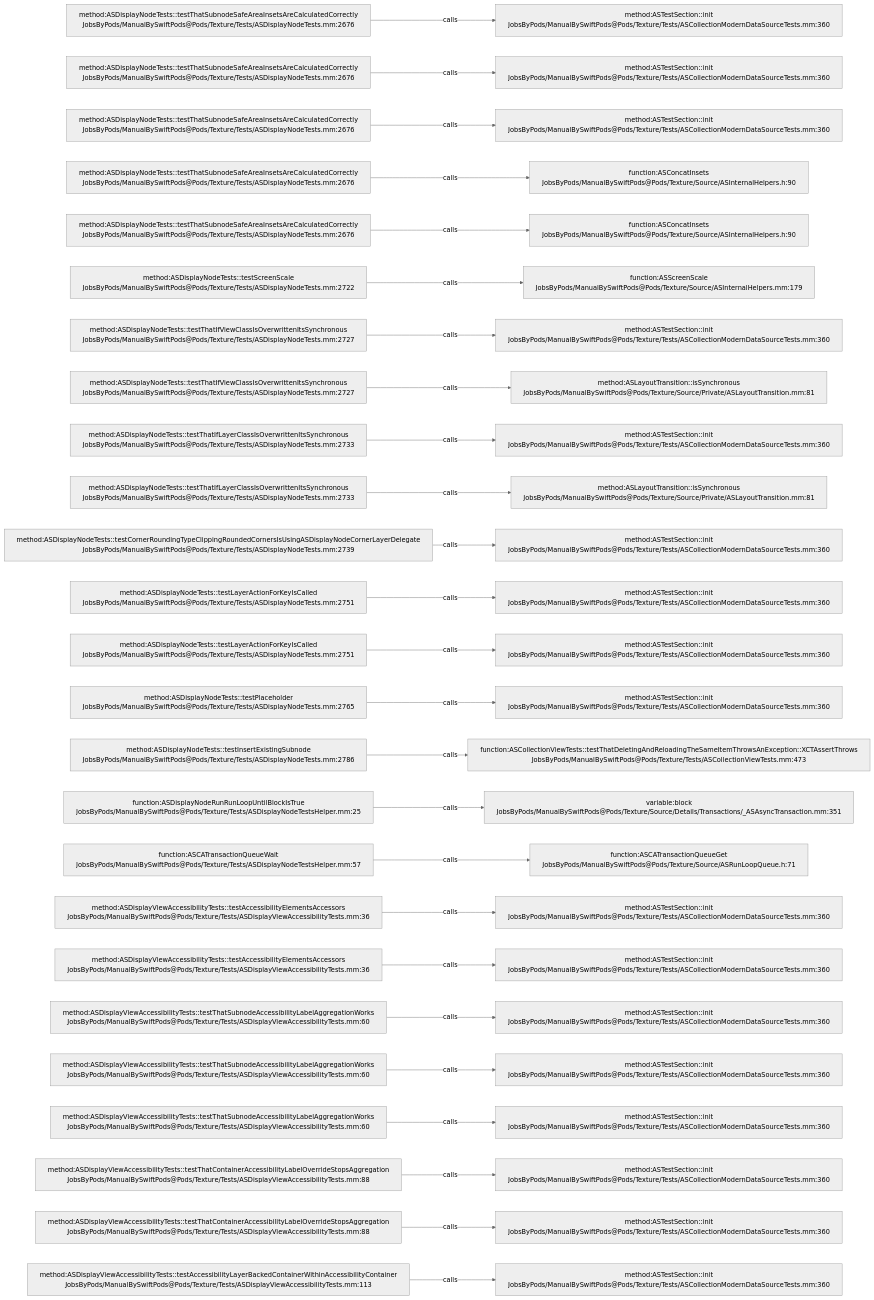
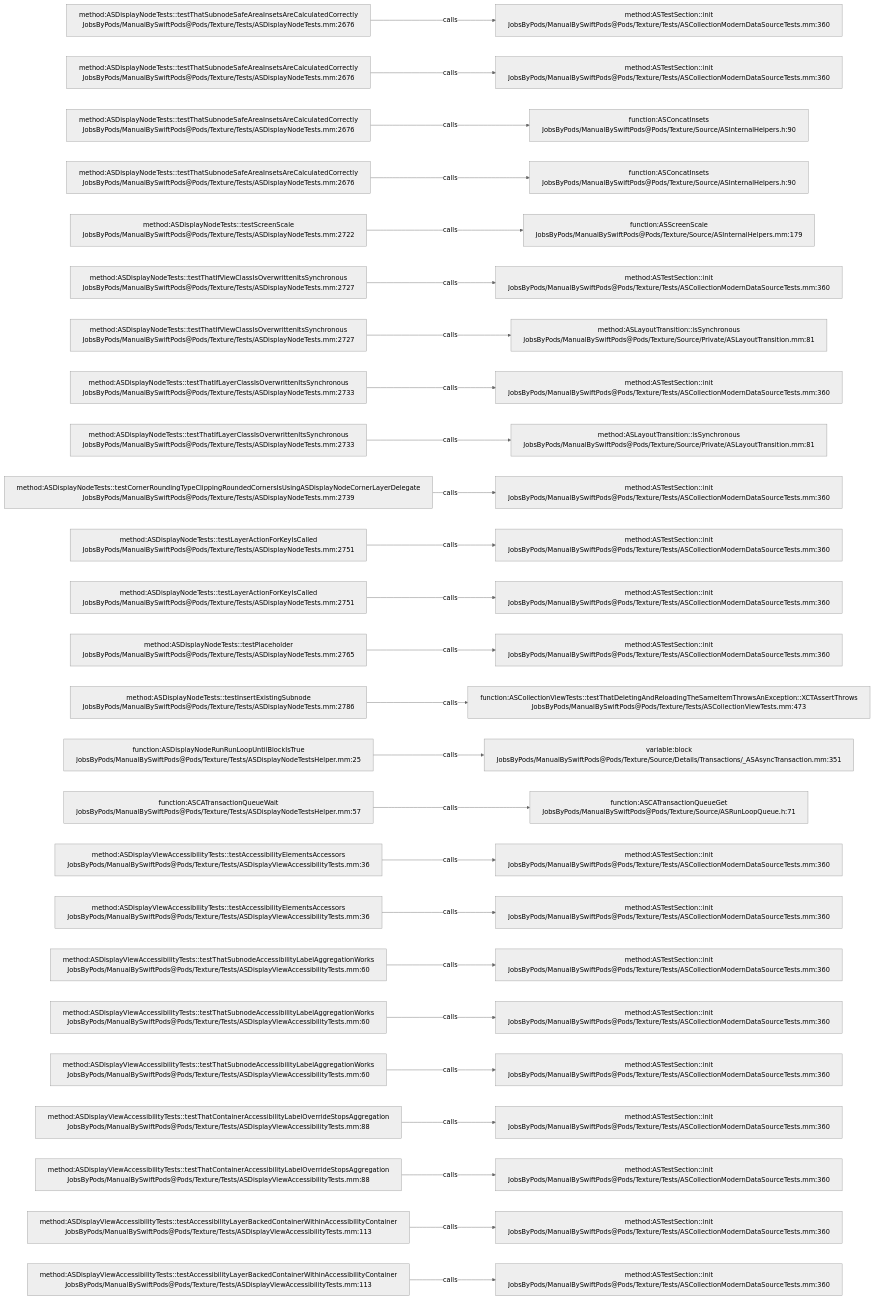
The diagram in .codegraph/codegraph.md/graphs/calls-197.md (JobsKits/JobsSwiftBaseConfigDemo), drawn with Mermaid (neutral theme) before and after one commit. The commit also changed 747 other files, not shown here.

````diff
--- a/.codegraph/codegraph.md/graphs/calls-197.md
+++ b/.codegraph/codegraph.md/graphs/calls-197.md
@@ -13,78 +13,78 @@
 ```mermaid
 flowchart LR
   S1["method:ASDisplayNodeTests::testThatSubnodeSafeAreaInsetsAreCalculatedCorrectly<br/>JobsByPods/ManualBySwiftPods@Pods/Texture/Tests/ASDisplayNodeTests.mm:2676"]
   T1["method:ASTestSection::init<br/>JobsByPods/ManualBySwiftPods@Pods/Texture/Tests/ASCollectionModernDataSourceTests.mm:360"]
   S1 -->|calls| T1
   S2["method:ASDisplayNodeTests::testThatSubnodeSafeAreaInsetsAreCalculatedCorrectly<br/>JobsByPods/ManualBySwiftPods@Pods/Texture/Tests/ASDisplayNodeTests.mm:2676"]
   T2["method:ASTestSection::init<br/>JobsByPods/ManualBySwiftPods@Pods/Texture/Tests/ASCollectionModernDataSourceTests.mm:360"]
   S2 -->|calls| T2
   S3["method:ASDisplayNodeTests::testThatSubnodeSafeAreaInsetsAreCalculatedCorrectly<br/>JobsByPods/ManualBySwiftPods@Pods/Texture/Tests/ASDisplayNodeTests.mm:2676"]
-  T3["method:ASTestSection::init<br/>JobsByPods/ManualBySwiftPods@Pods/Texture/Tests/ASCollectionModernDataSourceTests.mm:360"]
+  T3["function:ASConcatInsets<br/>JobsByPods/ManualBySwiftPods@Pods/Texture/Source/ASInternalHelpers.h:90"]
   S3 -->|calls| T3
   S4["method:ASDisplayNodeTests::testThatSubnodeSafeAreaInsetsAreCalculatedCorrectly<br/>JobsByPods/ManualBySwiftPods@Pods/Texture/Tests/ASDisplayNodeTests.mm:2676"]
   T4["function:ASConcatInsets<br/>JobsByPods/ManualBySwiftPods@Pods/Texture/Source/ASInternalHelpers.h:90"]
   S4 -->|calls| T4
-  S5["method:ASDisplayNodeTests::testThatSubnodeSafeAreaInsetsAreCalculatedCorrectly<br/>JobsByPods/ManualBySwiftPods@Pods/Texture/Tests/ASDisplayNodeTests.mm:2676"]
-  T5["function:ASConcatInsets<br/>JobsByPods/ManualBySwiftPods@Pods/Texture/Source/ASInternalHelpers.h:90"]
+  S5["method:ASDisplayNodeTests::testScreenScale<br/>JobsByPods/ManualBySwiftPods@Pods/Texture/Tests/ASDisplayNodeTests.mm:2722"]
+  T5["function:ASScreenScale<br/>JobsByPods/ManualBySwiftPods@Pods/Texture/Source/ASInternalHelpers.mm:179"]
   S5 -->|calls| T5
-  S6["method:ASDisplayNodeTests::testScreenScale<br/>JobsByPods/ManualBySwiftPods@Pods/Texture/Tests/ASDisplayNodeTests.mm:2722"]
-  T6["function:ASScreenScale<br/>JobsByPods/ManualBySwiftPods@Pods/Texture/Source/ASInternalHelpers.mm:179"]
+  S6["method:ASDisplayNodeTests::testThatIfViewClassIsOverwrittenItsSynchronous<br/>JobsByPods/ManualBySwiftPods@Pods/Texture/Tests/ASDisplayNodeTests.mm:2727"]
+  T6["method:ASTestSection::init<br/>JobsByPods/ManualBySwiftPods@Pods/Texture/Tests/ASCollectionModernDataSourceTests.mm:360"]
   S6 -->|calls| T6
   S7["method:ASDisplayNodeTests::testThatIfViewClassIsOverwrittenItsSynchronous<br/>JobsByPods/ManualBySwiftPods@Pods/Texture/Tests/ASDisplayNodeTests.mm:2727"]
-  T7["method:ASTestSection::init<br/>JobsByPods/ManualBySwiftPods@Pods/Texture/Tests/ASCollectionModernDataSourceTests.mm:360"]
+  T7["method:ASLayoutTransition::isSynchronous<br/>JobsByPods/ManualBySwiftPods@Pods/Texture/Source/Private/ASLayoutTransition.mm:81"]
   S7 -->|calls| T7
-  S8["method:ASDisplayNodeTests::testThatIfViewClassIsOverwrittenItsSynchronous<br/>JobsByPods/ManualBySwiftPods@Pods/Texture/Tests/ASDisplayNodeTests.mm:2727"]
-  T8["method:ASLayoutTransition::isSynchronous<br/>JobsByPods/ManualBySwiftPods@Pods/Texture/Source/Private/ASLayoutTransition.mm:81"]
+  S8["method:ASDisplayNodeTests::testThatIfLayerClassIsOverwrittenItsSynchronous<br/>JobsByPods/ManualBySwiftPods@Pods/Texture/Tests/ASDisplayNodeTests.mm:2733"]
+  T8["method:ASTestSection::init<br/>JobsByPods/ManualBySwiftPods@Pods/Texture/Tests/ASCollectionModernDataSourceTests.mm:360"]
   S8 -->|calls| T8
   S9["method:ASDisplayNodeTests::testThatIfLayerClassIsOverwrittenItsSynchronous<br/>JobsByPods/ManualBySwiftPods@Pods/Texture/Tests/ASDisplayNodeTests.mm:2733"]
-  T9["method:ASTestSection::init<br/>JobsByPods/ManualBySwiftPods@Pods/Texture/Tests/ASCollectionModernDataSourceTests.mm:360"]
+  T9["method:ASLayoutTransition::isSynchronous<br/>JobsByPods/ManualBySwiftPods@Pods/Texture/Source/Private/ASLayoutTransition.mm:81"]
   S9 -->|calls| T9
-  S10["method:ASDisplayNodeTests::testThatIfLayerClassIsOverwrittenItsSynchronous<br/>JobsByPods/ManualBySwiftPods@Pods/Texture/Tests/ASDisplayNodeTests.mm:2733"]
-  T10["method:ASLayoutTransition::isSynchronous<br/>JobsByPods/ManualBySwiftPods@Pods/Texture/Source/Private/ASLayoutTransition.mm:81"]
+  S10["method:ASDisplayNodeTests::testCornerRoundingTypeClippingRoundedCornersIsUsingASDisplayNodeCornerLayerDelegate<br/>JobsByPods/ManualBySwiftPods@Pods/Texture/Tests/ASDisplayNodeTests.mm:2739"]
+  T10["method:ASTestSection::init<br/>JobsByPods/ManualBySwiftPods@Pods/Texture/Tests/ASCollectionModernDataSourceTests.mm:360"]
   S10 -->|calls| T10
-  S11["method:ASDisplayNodeTests::testCornerRoundingTypeClippingRoundedCornersIsUsingASDisplayNodeCornerLayerDelegate<br/>JobsByPods/ManualBySwiftPods@Pods/Texture/Tests/ASDisplayNodeTests.mm:2739"]
+  S11["method:ASDisplayNodeTests::testLayerActionForKeyIsCalled<br/>JobsByPods/ManualBySwiftPods@Pods/Texture/Tests/ASDisplayNodeTests.mm:2751"]
   T11["method:ASTestSection::init<br/>JobsByPods/ManualBySwiftPods@Pods/Texture/Tests/ASCollectionModernDataSourceTests.mm:360"]
   S11 -->|calls| T11
   S12["method:ASDisplayNodeTests::testLayerActionForKeyIsCalled<br/>JobsByPods/ManualBySwiftPods@Pods/Texture/Tests/ASDisplayNodeTests.mm:2751"]
   T12["method:ASTestSection::init<br/>JobsByPods/ManualBySwiftPods@Pods/Texture/Tests/ASCollectionModernDataSourceTests.mm:360"]
   S12 -->|calls| T12
-  S13["method:ASDisplayNodeTests::testLayerActionForKeyIsCalled<br/>JobsByPods/ManualBySwiftPods@Pods/Texture/Tests/ASDisplayNodeTests.mm:2751"]
+  S13["method:ASDisplayNodeTests::testPlaceholder<br/>JobsByPods/ManualBySwiftPods@Pods/Texture/Tests/ASDisplayNodeTests.mm:2765"]
   T13["method:ASTestSection::init<br/>JobsByPods/ManualBySwiftPods@Pods/Texture/Tests/ASCollectionModernDataSourceTests.mm:360"]
   S13 -->|calls| T13
-  S14["method:ASDisplayNodeTests::testPlaceholder<br/>JobsByPods/ManualBySwiftPods@Pods/Texture/Tests/ASDisplayNodeTests.mm:2765"]
-  T14["method:ASTestSection::init<br/>JobsByPods/ManualBySwiftPods@Pods/Texture/Tests/ASCollectionModernDataSourceTests.mm:360"]
+  S14["method:ASDisplayNodeTests::testInsertExistingSubnode<br/>JobsByPods/ManualBySwiftPods@Pods/Texture/Tests/ASDisplayNodeTests.mm:2786"]
+  T14["function:ASCollectionViewTests::testThatDeletingAndReloadingTheSameItemThrowsAnException::XCTAssertThrows<br/>JobsByPods/ManualBySwiftPods@Pods/Texture/Tests/ASCollectionViewTests.mm:473"]
   S14 -->|calls| T14
-  S15["method:ASDisplayNodeTests::testInsertExistingSubnode<br/>JobsByPods/ManualBySwiftPods@Pods/Texture/Tests/ASDisplayNodeTests.mm:2786"]
-  T15["function:ASCollectionViewTests::testThatDeletingAndReloadingTheSameItemThrowsAnException::XCTAssertThrows<br/>JobsByPods/ManualBySwiftPods@Pods/Texture/Tests/ASCollectionViewTests.mm:473"]
+  S15["function:ASDisplayNodeRunRunLoopUntilBlockIsTrue<br/>JobsByPods/ManualBySwiftPods@Pods/Texture/Tests/ASDisplayNodeTestsHelper.mm:25"]
+  T15["variable:block<br/>JobsByPods/ManualBySwiftPods@Pods/Texture/Source/Details/Transactions/_ASAsyncTransaction.mm:351"]
   S15 -->|calls| T15
-  S16["function:ASDisplayNodeRunRunLoopUntilBlockIsTrue<br/>JobsByPods/ManualBySwiftPods@Pods/Texture/Tests/ASDisplayNodeTestsHelper.mm:25"]
-  T16["variable:block<br/>JobsByPods/ManualBySwiftPods@Pods/Texture/Source/Details/Transactions/_ASAsyncTransaction.mm:351"]
+  S16["function:ASCATransactionQueueWait<br/>JobsByPods/ManualBySwiftPods@Pods/Texture/Tests/ASDisplayNodeTestsHelper.mm:57"]
+  T16["function:ASCATransactionQueueGet<br/>JobsByPods/ManualBySwiftPods@Pods/Texture/Source/ASRunLoopQueue.h:71"]
   S16 -->|calls| T16
-  S17["function:ASCATransactionQueueWait<br/>JobsByPods/ManualBySwiftPods@Pods/Texture/Tests/ASDisplayNodeTestsHelper.mm:57"]
-  T17["function:ASCATransactionQueueGet<br/>JobsByPods/ManualBySwiftPods@Pods/Texture/Source/ASRunLoopQueue.h:71"]
+  S17["method:ASDisplayViewAccessibilityTests::testAccessibilityElementsAccessors<br/>JobsByPods/ManualBySwiftPods@Pods/Texture/Tests/ASDisplayViewAccessibilityTests.mm:36"]
+  T17["method:ASTestSection::init<br/>JobsByPods/ManualBySwiftPods@Pods/Texture/Tests/ASCollectionModernDataSourceTests.mm:360"]
   S17 -->|calls| T17
   S18["method:ASDisplayViewAccessibilityTests::testAccessibilityElementsAccessors<br/>JobsByPods/ManualBySwiftPods@Pods/Texture/Tests/ASDisplayViewAccessibilityTests.mm:36"]
   T18["method:ASTestSection::init<br/>JobsByPods/ManualBySwiftPods@Pods/Texture/Tests/ASCollectionModernDataSourceTests.mm:360"]
   S18 -->|calls| T18
-  S19["method:ASDisplayViewAccessibilityTests::testAccessibilityElementsAccessors<br/>JobsByPods/ManualBySwiftPods@Pods/Texture/Tests/ASDisplayViewAccessibilityTests.mm:36"]
+  S19["method:ASDisplayViewAccessibilityTests::testThatSubnodeAccessibilityLabelAggregationWorks<br/>JobsByPods/ManualBySwiftPods@Pods/Texture/Tests/ASDisplayViewAccessibilityTests.mm:60"]
   T19["method:ASTestSection::init<br/>JobsByPods/ManualBySwiftPods@Pods/Texture/Tests/ASCollectionModernDataSourceTests.mm:360"]
   S19 -->|calls| T19
   S20["method:ASDisplayViewAccessibilityTests::testThatSubnodeAccessibilityLabelAggregationWorks<br/>JobsByPods/ManualBySwiftPods@Pods/Texture/Tests/ASDisplayViewAccessibilityTests.mm:60"]
   T20["method:ASTestSection::init<br/>JobsByPods/ManualBySwiftPods@Pods/Texture/Tests/ASCollectionModernDataSourceTests.mm:360"]
   S20 -->|calls| T20
   S21["method:ASDisplayViewAccessibilityTests::testThatSubnodeAccessibilityLabelAggregationWorks<br/>JobsByPods/ManualBySwiftPods@Pods/Texture/Tests/ASDisplayViewAccessibilityTests.mm:60"]
   T21["method:ASTestSection::init<br/>JobsByPods/ManualBySwiftPods@Pods/Texture/Tests/ASCollectionModernDataSourceTests.mm:360"]
   S21 -->|calls| T21
-  S22["method:ASDisplayViewAccessibilityTests::testThatSubnodeAccessibilityLabelAggregationWorks<br/>JobsByPods/ManualBySwiftPods@Pods/Texture/Tests/ASDisplayViewAccessibilityTests.mm:60"]
+  S22["method:ASDisplayViewAccessibilityTests::testThatContainerAccessibilityLabelOverrideStopsAggregation<br/>JobsByPods/ManualBySwiftPods@Pods/Texture/Tests/ASDisplayViewAccessibilityTests.mm:88"]
   T22["method:ASTestSection::init<br/>JobsByPods/ManualBySwiftPods@Pods/Texture/Tests/ASCollectionModernDataSourceTests.mm:360"]
   S22 -->|calls| T22
   S23["method:ASDisplayViewAccessibilityTests::testThatContainerAccessibilityLabelOverrideStopsAggregation<br/>JobsByPods/ManualBySwiftPods@Pods/Texture/Tests/ASDisplayViewAccessibilityTests.mm:88"]
   T23["method:ASTestSection::init<br/>JobsByPods/ManualBySwiftPods@Pods/Texture/Tests/ASCollectionModernDataSourceTests.mm:360"]
   S23 -->|calls| T23
-  S24["method:ASDisplayViewAccessibilityTests::testThatContainerAccessibilityLabelOverrideStopsAggregation<br/>JobsByPods/ManualBySwiftPods@Pods/Texture/Tests/ASDisplayViewAccessibilityTests.mm:88"]
+  S24["method:ASDisplayViewAccessibilityTests::testAccessibilityLayerBackedContainerWithinAccessibilityContainer<br/>JobsByPods/ManualBySwiftPods@Pods/Texture/Tests/ASDisplayViewAccessibilityTests.mm:113"]
   T24["method:ASTestSection::init<br/>JobsByPods/ManualBySwiftPods@Pods/Texture/Tests/ASCollectionModernDataSourceTests.mm:360"]
   S24 -->|calls| T24
   S25["method:ASDisplayViewAccessibilityTests::testAccessibilityLayerBackedContainerWithinAccessibilityContainer<br/>JobsByPods/ManualBySwiftPods@Pods/Texture/Tests/ASDisplayViewAccessibilityTests.mm:113"]
   T25["method:ASTestSection::init<br/>JobsByPods/ManualBySwiftPods@Pods/Texture/Tests/ASCollectionModernDataSourceTests.mm:360"]
   S25 -->|calls| T25
 ```
````
